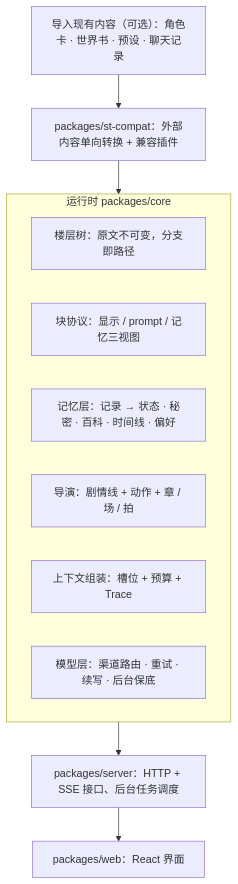
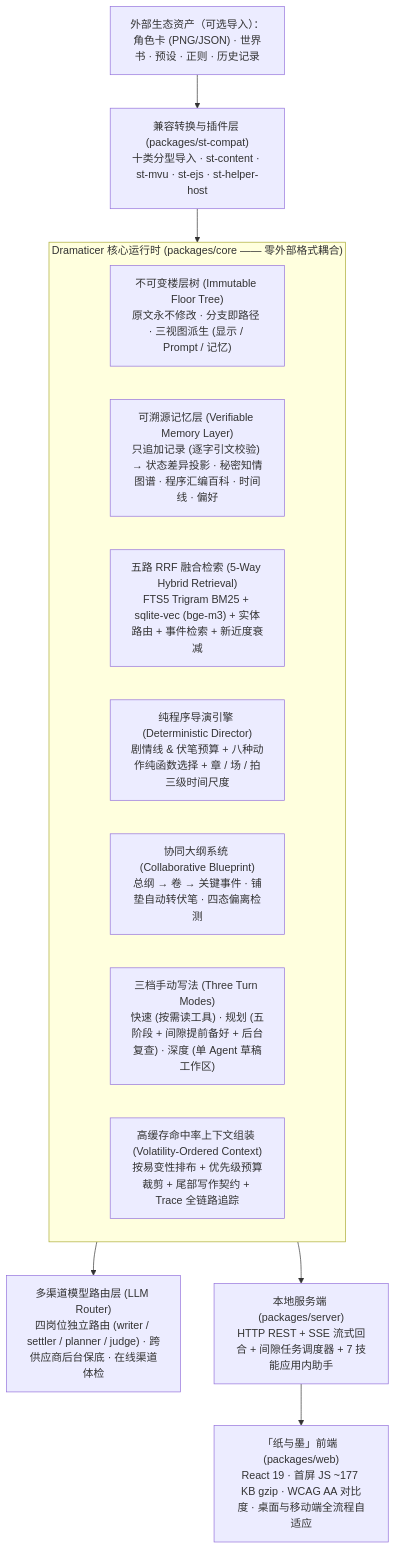
One commit to Theater-ahyeon/Dramaticer changed the diagram in README.md. Above: the diagram before and after it, drawn with Mermaid. The commit also changed other lines of this file and 37 other files, not shown here.

````diff
--- a/README.md
+++ b/README.md
@@ -119,17 +59,21 @@
 ```mermaid
 flowchart TB
-    content["导入现有内容（可选）：角色卡 · 世界书 · 预设 · 聊天记录"]
-    subgraph runtime["运行时 packages/core"]
-        tree["楼层树：原文不可变，分支即路径"]
-        blocks["块协议：显示 / prompt / 记忆三视图"]
-        memory["记忆层：记录 → 状态 · 秘密 · 百科 · 时间线 · 偏好"]
-        director["导演：剧情线 + 动作 + 章 / 场 / 拍"]
-        assemble["上下文组装：槽位 + 预算 + Trace"]
-        llm["模型层：渠道路由 · 重试 · 续写 · 后台保底"]
+    content["外部生态资产（可选导入）：角色卡 (PNG/JSON) · 世界书 · 预设 · 正则 · 历史记录"]
+    subgraph runtime["Dramaticer 核心运行时 (packages/core —— 零外部格式耦合)"]
+        tree["不可变楼层树 (Immutable Floor Tree)<br/>原文永不修改 · 分支即路径 · 三视图派生 (显示 / Prompt / 记忆)"]
+        memory["可溯源记忆层 (Verifiable Memory Layer)<br/>只追加记录 (逐字引文校验) → 状态差异投影 · 秘密知情图谱 · 程序汇编百科 · 时间线 · 偏好"]
+        retrieval["五路 RRF 融合检索 (5-Way Hybrid Retrieval)<br/>FTS5 Trigram BM25 + sqlite-vec (bge-m3) + 实体路由 + 事件检索 + 新近度衰减"]
+        director["纯程序导演引擎 (Deterministic Director)<br/>剧情线 & 伏笔预算 + 八种动作纯函数选择 + 章 / 场 / 拍三级时间尺度"]
+        outline["协同大纲系统 (Collaborative Blueprint)<br/>总纲 → 卷 → 关键事件 · 铺垫自动转伏笔 · 四态偏离检测"]
+        modes["三档手动写法 (Three Turn Modes)<br/>快速 (按需读工具) · 规划 (五阶段 + 间隙提前备好 + 后台复查) · 深度 (单 Agent 草稿工作区)"]
+        assemble["高缓存命中率上下文组装 (Volatility-Ordered Context)<br/>按易变性排布 + 优先级预算裁剪 + 尾部写作契约 + Trace 全链路追踪"]
     end
-    stcompat["packages/st-compat：外部内容单向转换 + 兼容插件"]
-    server["packages/server：HTTP + SSE 接口、后台任务调度"]
-    web["packages/web：React 界面"]
+    stcompat["兼容转换与插件层 (packages/st-compat)<br/>十类分型导入 · st-content · st-mvu · st-ejs · st-helper-host"]
+    llm["多渠道模型路由层 (LLM Router)<br/>四岗位独立路由 (writer / settler / planner / judge) · 跨供应商后台保底 · 在线渠道体检"]
+    server["本地服务端 (packages/server)<br/>HTTP REST + SSE 流式回合 + 间隙任务调度器 + 7 技能应用内助手"]
+    web["「纸与墨」前端 (packages/web)<br/>React 19 · 首屏 JS ~177 KB gzip · WCAG AA 对比度 · 桌面与移动端全流程自适应"]
+
     content --> stcompat --> runtime
+    runtime --> llm
     runtime --> server --> web
 ```
````
